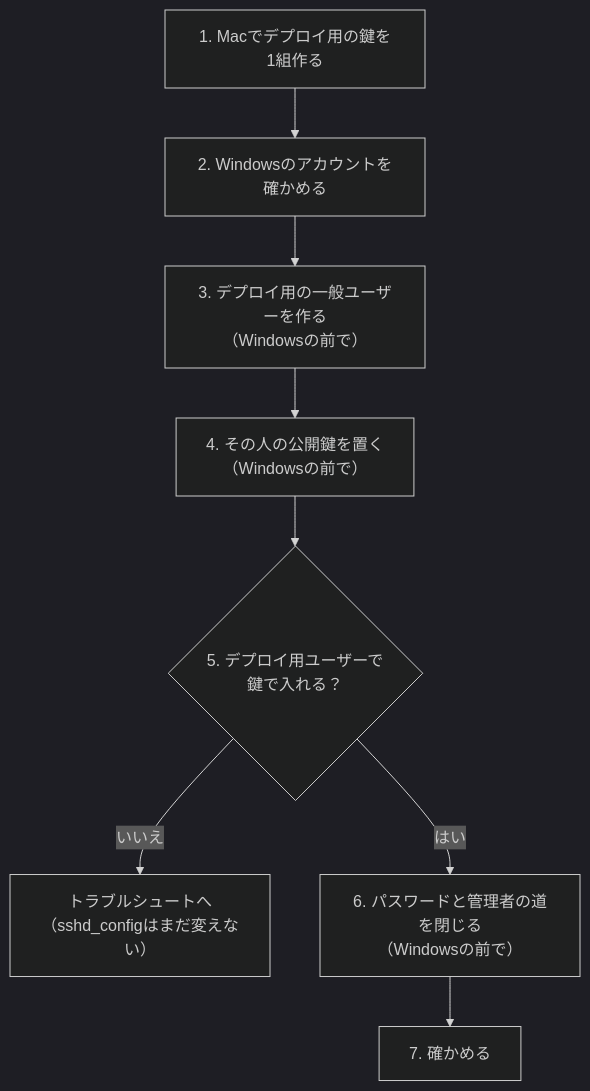
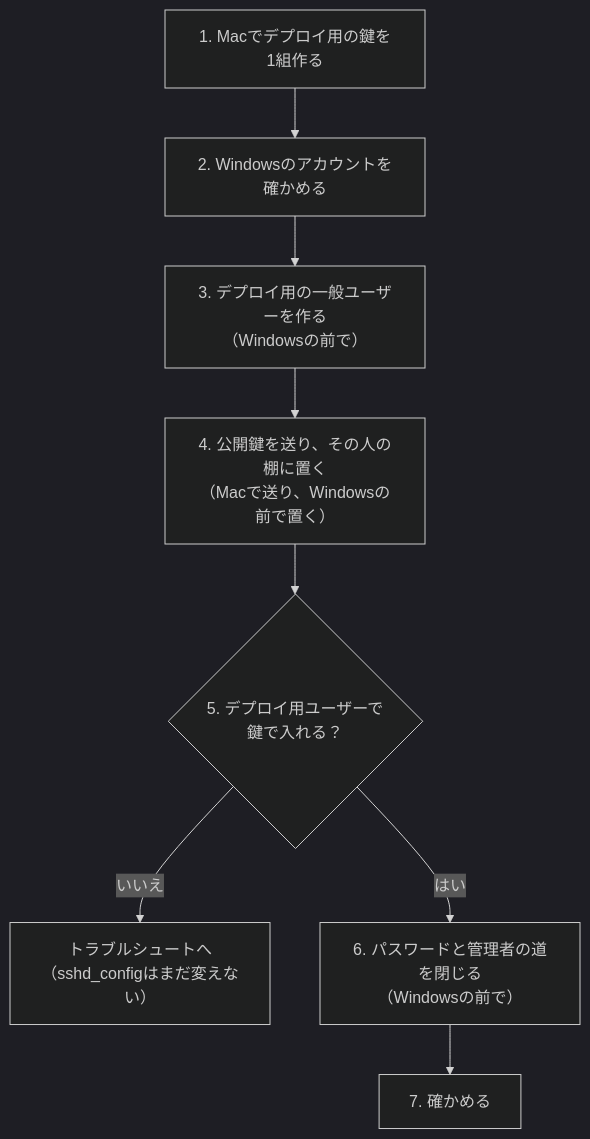
Before and after one commit to mgmaru/card-digger: the diagram in docs/development/ssh-key-setup.md, drawn with Mermaid (dark theme). The commit also changed other lines of this file, not shown here.

````diff
--- a/docs/development/ssh-key-setup.md
+++ b/docs/development/ssh-key-setup.md
@@ -50,10 +51,10 @@
 ```mermaid
 flowchart TD
     A["1. Macでデプロイ用の鍵を1組作る"] --> B["2. Windowsのアカウントを確かめる"]
     B --> C["3. デプロイ用の一般ユーザーを作る<br/>（Windowsの前で）"]
-    C --> D["4. その人の公開鍵を置く<br/>（Windowsの前で）"]
+    C --> D["4. 公開鍵を送り、その人の棚に置く<br/>（Macで送り、Windowsの前で置く）"]
     D --> E{"5. デプロイ用ユーザーで<br/>鍵で入れる？"}
     E -- "いいえ" --> T["トラブルシュートへ<br/>（sshd_configはまだ変えない）"]
     E -- "はい" --> F["6. パスワードと管理者の道を閉じる<br/>（Windowsの前で）"]
     F --> G["7. 確かめる"]
 ```
````
